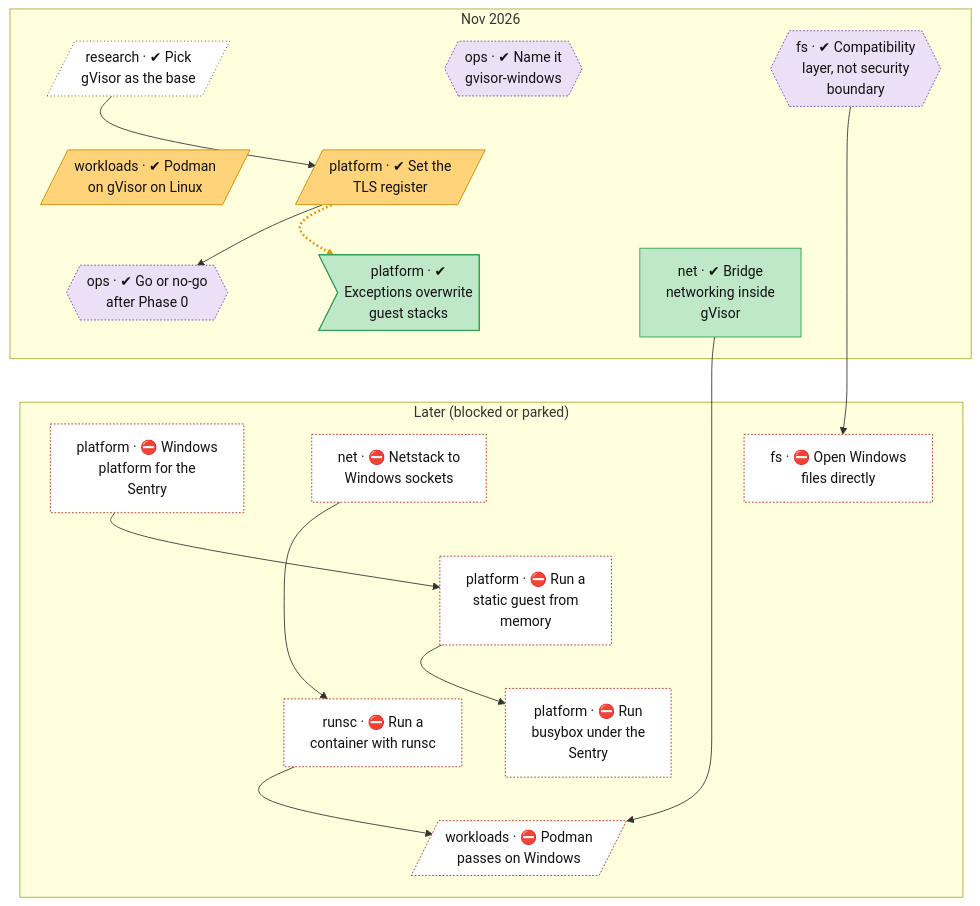
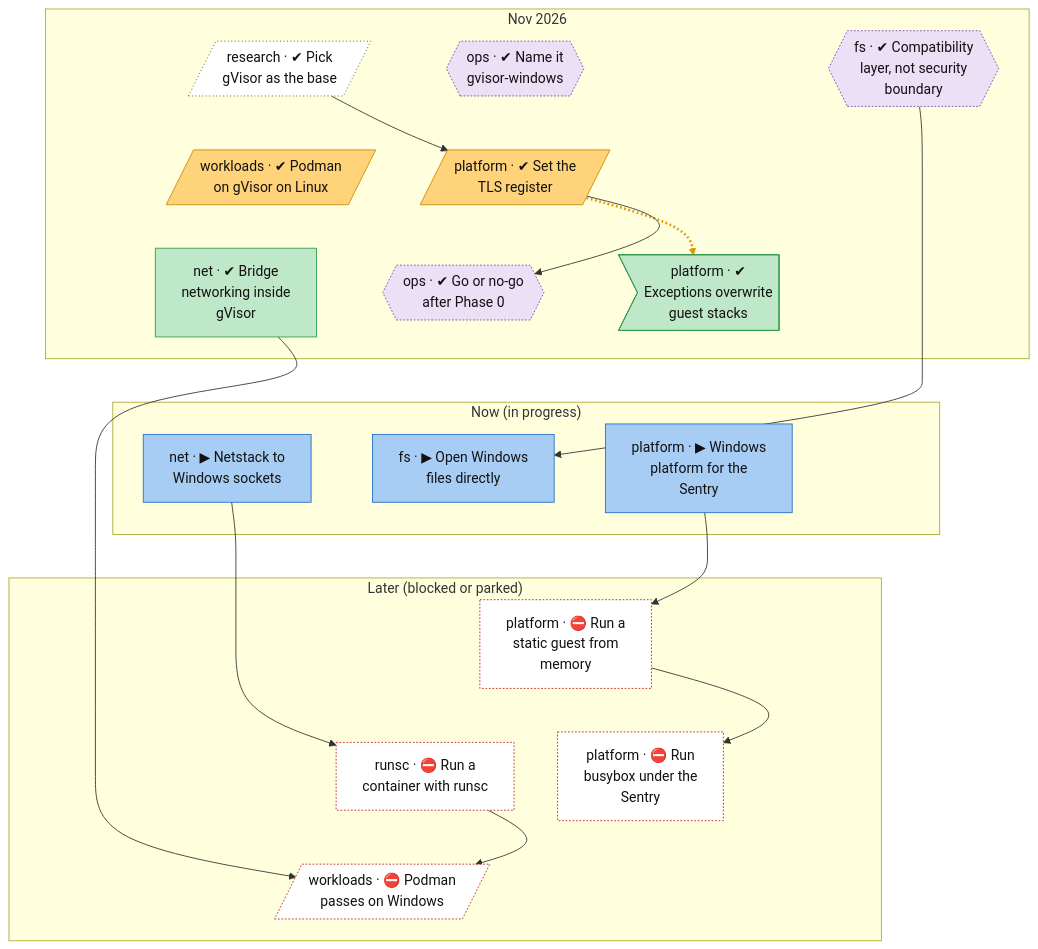
One commit to lhns/gvisor-windows changed the second of 2 diagrams in docs/roadmap.md. Above: the diagram before and after it, drawn with Mermaid. The commit also changed other lines of this file and 6 other files, not shown here.

Commit message:
Mark the running platform, file, network and nftables work in progress

````diff
--- a/docs/roadmap.md
+++ b/docs/roadmap.md
@@ -100,67 +100,70 @@
 ```mermaid
 flowchart TB
     subgraph bd_0["Nov 2026"]
         research_gvisor_base[/"research · ✔ Pick<br/>gVisor as the base"/]
         ops_name_and_fork{{"ops · ✔ Name it<br/>gvisor-windows"}}
         fs_compat_layer_not_boundary{{"fs · ✔ Compatibility<br/>layer, not security<br/>boundary"}}
         workloads_podman_on_gvisor_linux[/"workloads · ✔ Podman<br/>on gVisor on Linux"/]
         platform_tls_register[/"platform · ✔ Set the<br/>TLS register"/]
         ops_phase0_go_no_go{{"ops · ✔ Go or no-go<br/>after Phase 0"}}
         net_bridge_networking["net · ✔ Bridge<br/>networking inside<br/>gVisor"]
         platform_veh_on_guest_stack_unsafe>"platform · ✔<br/>Exceptions overwrite<br/>guest stacks"]
     end
-    subgraph bd_1["Later (blocked or parked)"]
-        platform_winstub["platform · ⛔ Windows<br/>platform for the<br/>Sentry"]
-        fs_windows_directfs["fs · ⛔ Open Windows<br/>files directly"]
-        net_netstack_windows_link["net · ⛔ Netstack to<br/>Windows sockets"]
+    subgraph bd_1["Now (in progress)"]
+        fs_windows_directfs["fs · ▶ Open Windows<br/>files directly"]
+        net_netstack_windows_link["net · ▶ Netstack to<br/>Windows sockets"]
+        platform_winstub["platform · ▶ Windows<br/>platform for the<br/>Sentry"]
+    end
+    subgraph bd_2["Later (blocked or parked)"]
         platform_static_guest_from_memory["platform · ⛔ Run a<br/>static guest from<br/>memory"]
         platform_busybox_on_windows["platform · ⛔ Run<br/>busybox under the<br/>Sentry"]
         runsc_container_on_windows["runsc · ⛔ Run a<br/>container with runsc"]
         workloads_podman_on_windows[/"workloads · ⛔ Podman<br/>passes on Windows"/]
     end
     research_gvisor_base ~~~ workloads_podman_on_gvisor_linux
     ops_name_and_fork ~~~ platform_tls_register
     fs_compat_layer_not_boundary ~~~ platform_tls_register
     workloads_podman_on_gvisor_linux ~~~ ops_phase0_go_no_go
     platform_tls_register ~~~ net_bridge_networking
     platform_tls_register ~~~ platform_veh_on_guest_stack_unsafe
-    ops_phase0_go_no_go ~~~ platform_winstub
-    net_bridge_networking ~~~ fs_windows_directfs
-    platform_veh_on_guest_stack_unsafe ~~~ net_netstack_windows_link
-    platform_winstub ~~~ platform_static_guest_from_memory
+    ops_phase0_go_no_go ~~~ fs_windows_directfs
+    net_bridge_networking ~~~ net_netstack_windows_link
+    platform_veh_on_guest_stack_unsafe ~~~ platform_winstub
     fs_windows_directfs ~~~ platform_static_guest_from_memory
     net_netstack_windows_link ~~~ platform_static_guest_from_memory
+    platform_winstub ~~~ platform_static_guest_from_memory
     platform_static_guest_from_memory ~~~ platform_busybox_on_windows
     platform_static_guest_from_memory ~~~ runsc_container_on_windows
     platform_busybox_on_windows ~~~ workloads_podman_on_windows
     runsc_container_on_windows ~~~ workloads_podman_on_windows
     research_gvisor_base --> platform_tls_register
     platform_tls_register -.-> platform_veh_on_guest_stack_unsafe
     platform_tls_register --> ops_phase0_go_no_go
     fs_compat_layer_not_boundary --> fs_windows_directfs
     platform_winstub --> platform_static_guest_from_memory
     platform_static_guest_from_memory --> platform_busybox_on_windows
     net_netstack_windows_link --> runsc_container_on_windows
     runsc_container_on_windows --> workloads_podman_on_windows
     net_bridge_networking --> workloads_podman_on_windows
     linkStyle 17 stroke:#e69500,stroke-width:3px,stroke-dasharray:2 3
     classDef vsucc fill:#2e9e4f,stroke:#1b6b34,color:#fff
     classDef succ fill:#bfe8c8,stroke:#2e9e4f,color:#111
     classDef mixed fill:#ffd37a,stroke:#c98a00,color:#111
     classDef bad fill:#f28b82,stroke:#b3261e,color:#111
     classDef dead fill:#e6e6e6,stroke:#777,stroke-dasharray:5 5,color:#555
     classDef inprog fill:#a8cdf5,stroke:#1f6fc5,color:#111
     classDef next fill:#fff,stroke:#333,color:#111
     classDef blocked fill:#fff,stroke:#b3261e,stroke-dasharray:2 2,color:#111
     classDef parked fill:#f3f3f3,stroke:#999,color:#555
     classDef unrated fill:#fff,stroke:#333,stroke-dasharray:1 3,color:#111
     classDef gate fill:#d9c2f0,stroke:#7b3fb5,color:#111
     classDef decided fill:#ece0f7,stroke:#7b3fb5,stroke-dasharray:2 2,color:#111
     classDef finding fill:#ffe0b2,stroke:#d84315,stroke-width:2px,color:#111
     classDef waiting fill:#e3f2fd,stroke:#1f6fc5,stroke-dasharray:5 5,color:#111
     class research_gvisor_base unrated
     class ops_name_and_fork,fs_compat_layer_not_boundary,ops_phase0_go_no_go decided
     class workloads_podman_on_gvisor_linux,platform_tls_register mixed
-    class workloads_podman_on_windows,runsc_container_on_windows,platform_winstub,platform_busybox_on_windows,fs_windows_directfs,net_netstack_windows_link,platform_static_guest_from_memory blocked
+    class workloads_podman_on_windows,runsc_container_on_windows,platform_busybox_on_windows,platform_static_guest_from_memory blocked
+    class platform_winstub,fs_windows_directfs,net_netstack_windows_link inprog
     class net_bridge_networking,platform_veh_on_guest_stack_unsafe succ
 ```
````
